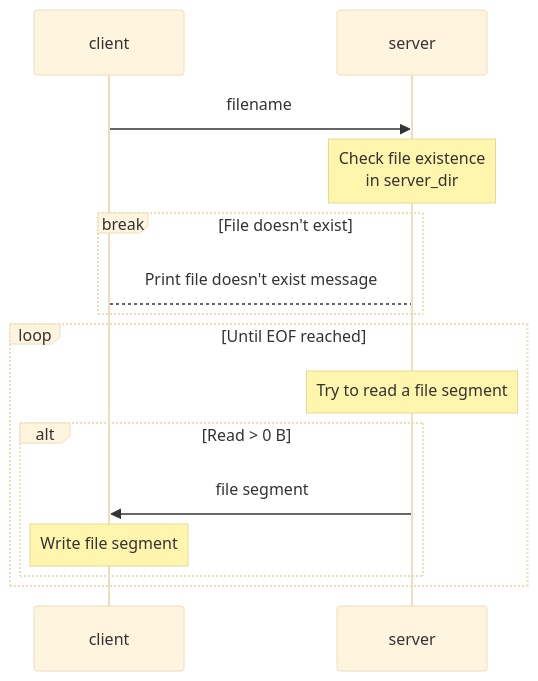
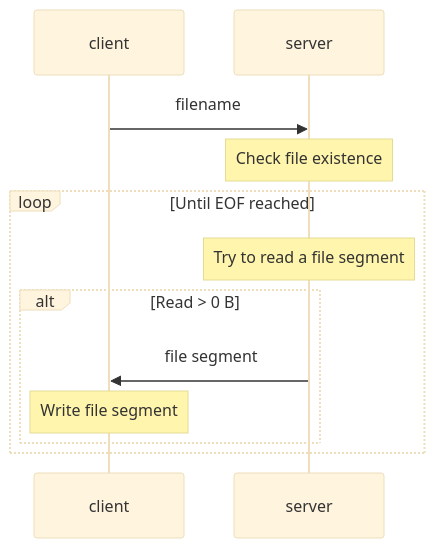
The second of 6 diagrams in hw2/report/report.md (GWFrank/CN-2022), drawn with Mermaid (base theme) before and after one commit. The commit also changed other lines of this file and 2 other files, not shown here.

````diff
--- a/hw2/report/report.md
+++ b/hw2/report/report.md
@@ -39,17 +34,14 @@
 ```mermaid
 sequenceDiagram
     participant c as client
     participant s as server
     c->>s: filename
-    note over s: Check file existence <br/> in server_dir
-    break File doesn't exist
-        c --> s: Print file doesn't exist message
-    end
+    note over s: Check file existence
     loop Until EOF reached
         note over s: Try to read a file segment
         alt Read > 0 B
             s->>c: file segment
             note over c: Write file segment
         end
     end
 ```
````
